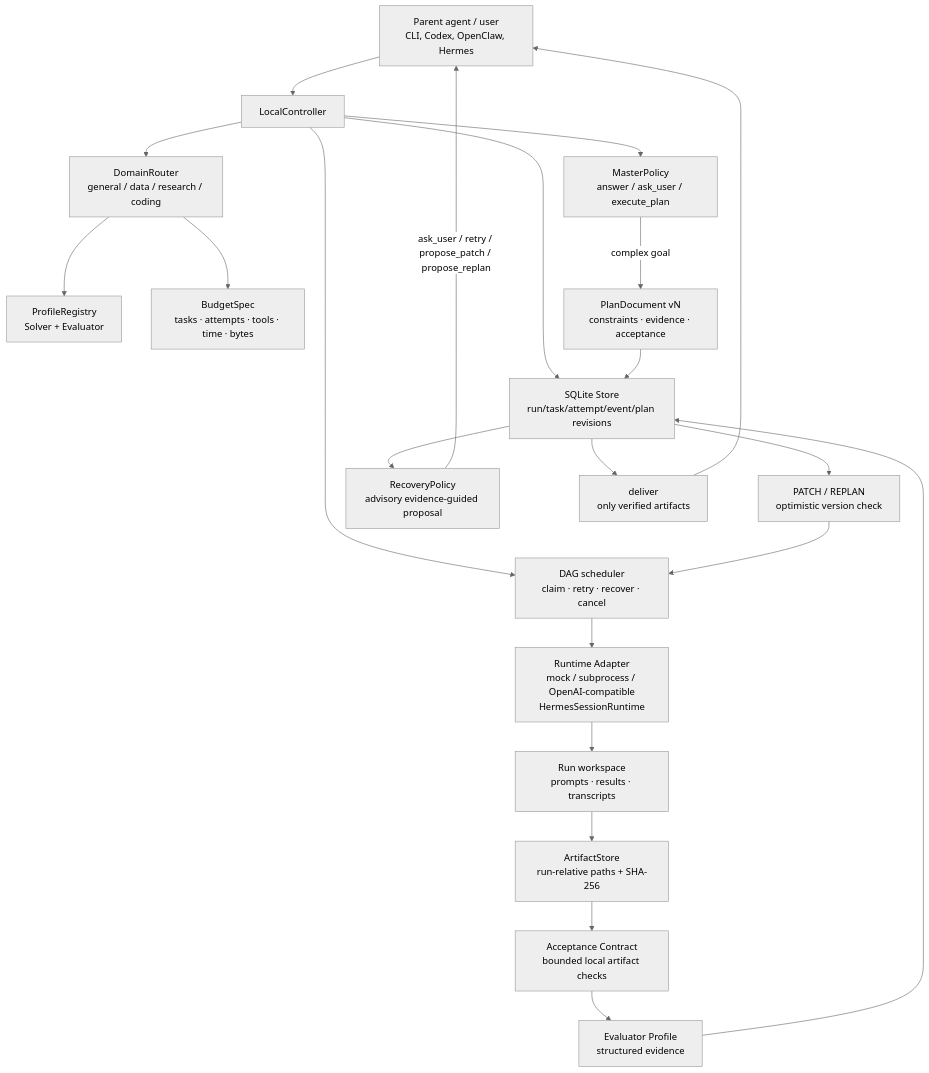
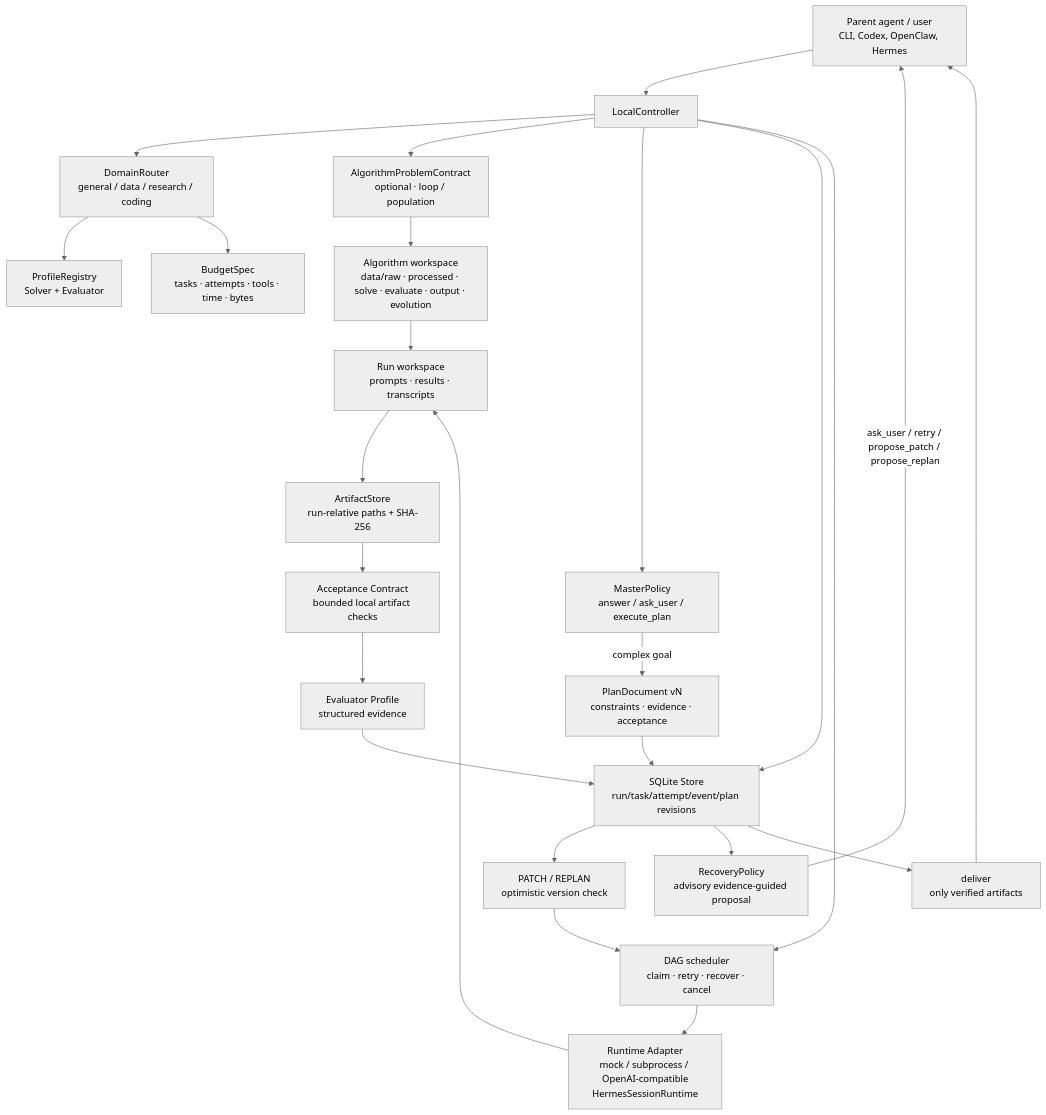
One commit to vchive/Lunar-Agent changed the diagram in docs/architecture.md. Above: the diagram before and after it, drawn with Mermaid (neutral theme). The commit also changed other lines of this file and 16 other files, not shown here.

Commit message:
feat: add algorithm problem contracts

````diff
--- a/docs/architecture.md
+++ b/docs/architecture.md
@@ -8,24 +8,27 @@
 ```mermaid
 flowchart TD
     P[Parent agent / user\nCLI, Codex, OpenClaw, Hermes] --> C[LocalController]
     C --> R[DomainRouter\ngeneral / data / research / coding]
     R --> PR[ProfileRegistry\nSolver + Evaluator]
+    C --> AP[AlgorithmProblemContract\noptional · loop / population]
     R --> B[BudgetSpec\ntasks · attempts · tools · time · bytes]
     C --> M[MasterPolicy\nanswer / ask_user / execute_plan]
     M -->|complex goal| PD[PlanDocument vN\nconstraints · evidence · acceptance]
     C --> S[SQLite Store\nrun/task/attempt/event/plan revisions]
     PD --> S
     C --> D[DAG scheduler\nclaim · retry · recover · cancel]
     D --> A[Runtime Adapter\nmock / subprocess / OpenAI-compatible\nHermesSessionRuntime]
     A --> W[Run workspace\nprompts · results · transcripts]
+    AP --> AW[Algorithm workspace\ndata/raw · processed · solve · evaluate · output · evolution]
+    AW --> W
     W --> AS[ArtifactStore\nrun-relative paths + SHA-256]
     AS --> AC[Acceptance Contract\nbounded local artifact checks]
     AC --> E[Evaluator Profile\nstructured evidence]
     E --> S
     S --> V[PATCH / REPLAN\noptimistic version check]
     V --> D
     S --> RP[RecoveryPolicy\nadvisory evidence-guided proposal]
     RP -->|ask_user / retry / propose_patch / propose_replan| P
     S --> DL[deliver\nonly verified artifacts]
     DL --> P
 ```
````
